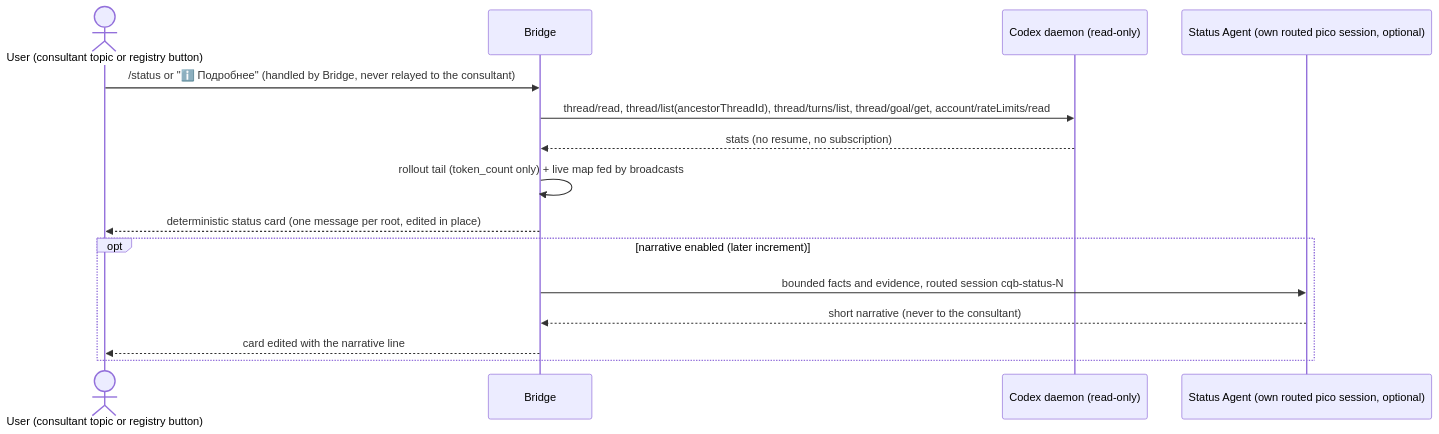
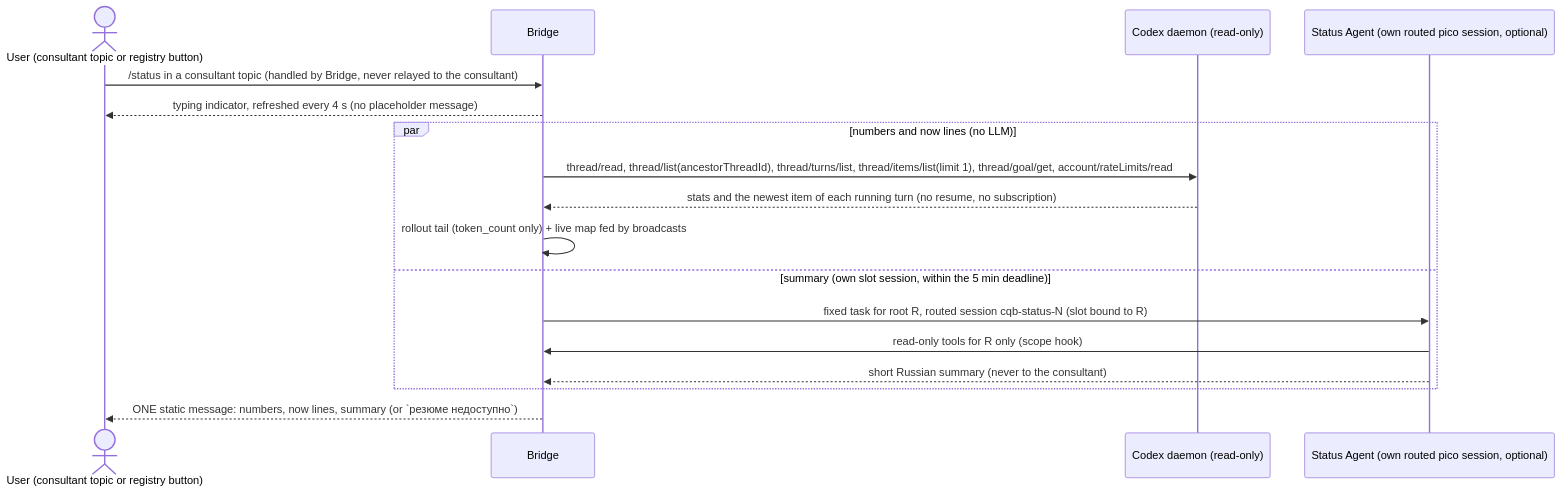
One commit to todaysday/codex-questions-bridge changed the second of 2 diagrams in doc/Codex_Questions_Bridge_Design.md. Above: the diagram before and after it, drawn with Mermaid. The commit also changed other lines of this file and 33 other files, not shown here.

First line of the commit message:
Status snapshot: one static message with now-lines and a Status Agent summary

````diff
--- a/doc/Codex_Questions_Bridge_Design.md
+++ b/doc/Codex_Questions_Bridge_Design.md
@@ -351,17 +346,19 @@
 ```mermaid
 sequenceDiagram
     actor U as User (consultant topic or registry button)
     participant B as Bridge
     participant D as Codex daemon (read-only)
     participant S as Status Agent (own routed pico session, optional)
-    U->>B: /status or "ℹ️ Подробнее" (handled by Bridge, never relayed to the consultant)
-    B->>D: thread/read, thread/list(ancestorThreadId), thread/turns/list, thread/goal/get, account/rateLimits/read
-    D-->>B: stats (no resume, no subscription)
-    B->>B: rollout tail (token_count only) + live map fed by broadcasts
-    B-->>U: deterministic status card (one message per root, edited in place)
-    opt narrative enabled (later increment)
-        B->>S: bounded facts and evidence, routed session cqb-status-N
-        S-->>B: short narrative (never to the consultant)
-        B-->>U: card edited with the narrative line
+    U->>B: /status in a consultant topic (handled by Bridge, never relayed to the consultant)
+    B-->>U: typing indicator, refreshed every 4 s (no placeholder message)
+    par numbers and now lines (no LLM)
+        B->>D: thread/read, thread/list(ancestorThreadId), thread/turns/list, thread/items/list(limit 1), thread/goal/get, account/rateLimits/read
+        D-->>B: stats and the newest item of each running turn (no resume, no subscription)
+        B->>B: rollout tail (token_count only) + live map fed by broadcasts
+    and summary (own slot session, within the 5 min deadline)
+        B->>S: fixed task for root R, routed session cqb-status-N (slot bound to R)
+        S->>B: read-only tools for R only (scope hook)
+        S-->>B: short Russian summary (never to the consultant)
     end
+    B-->>U: ONE static message: numbers, now lines, summary (or `резюме недоступно`)
 ```
````
